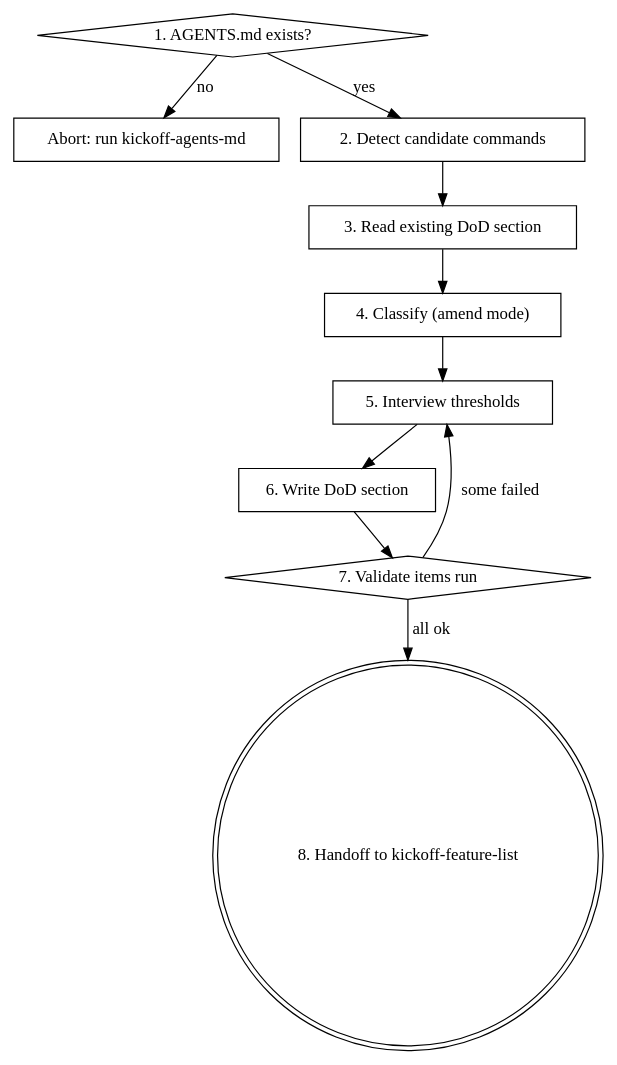
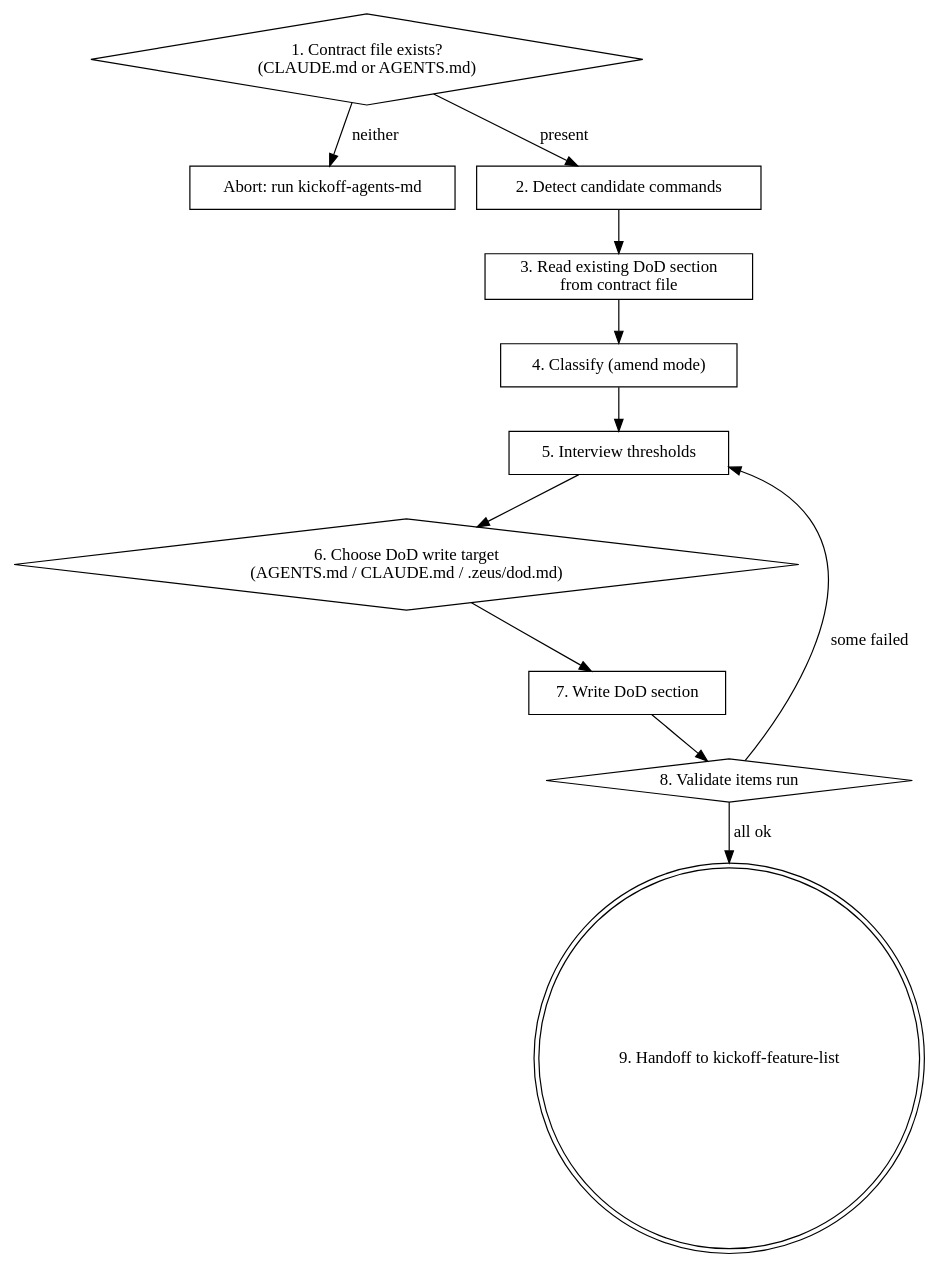
One commit to rainhan99/zeus changed the diagram in skills/kickoff-definition-of-done/SKILL.md. Above: the diagram before and after it, drawn with Graphviz. The commit also changed other lines of this file, not shown here.

First line of the commit message:
refactor(SP-relocate): kickoff-dod supports CLAUDE.md and .zeus/dod.md

````diff
--- a/skills/kickoff-definition-of-done/SKILL.md
+++ b/skills/kickoff-definition-of-done/SKILL.md
@@ -33,23 +38,25 @@
 ```dot
 digraph kickoff_dod {
-  precheck [label="1. AGENTS.md exists?", shape=diamond];
+  precheck [label="1. Contract file exists?\n(CLAUDE.md or AGENTS.md)", shape=diamond];
   abort [label="Abort: run kickoff-agents-md", shape=box];
   detect [label="2. Detect candidate commands", shape=box];
-  read [label="3. Read existing DoD section", shape=box];
+  read [label="3. Read existing DoD section\nfrom contract file", shape=box];
   classify [label="4. Classify (amend mode)", shape=box];
   interview [label="5. Interview thresholds", shape=box];
-  write [label="6. Write DoD section", shape=box];
-  validate [label="7. Validate items run", shape=diamond];
-  handoff [label="8. Handoff to kickoff-feature-list", shape=doublecircle];
+  choose [label="6. Choose DoD write target\n(AGENTS.md / CLAUDE.md / .zeus/dod.md)", shape=diamond];
+  write [label="7. Write DoD section", shape=box];
+  validate [label="8. Validate items run", shape=diamond];
+  handoff [label="9. Handoff to kickoff-feature-list", shape=doublecircle];
 
-  precheck -> abort [label="no"];
-  precheck -> detect [label="yes"];
+  precheck -> abort [label="neither"];
+  precheck -> detect [label="present"];
   detect -> read;
   read -> classify;
   classify -> interview;
-  interview -> write;
+  interview -> choose;
+  choose -> write;
   write -> validate;
   validate -> handoff [label="all ok"];
   validate -> interview [label="some failed"];
 }
 ```
````
